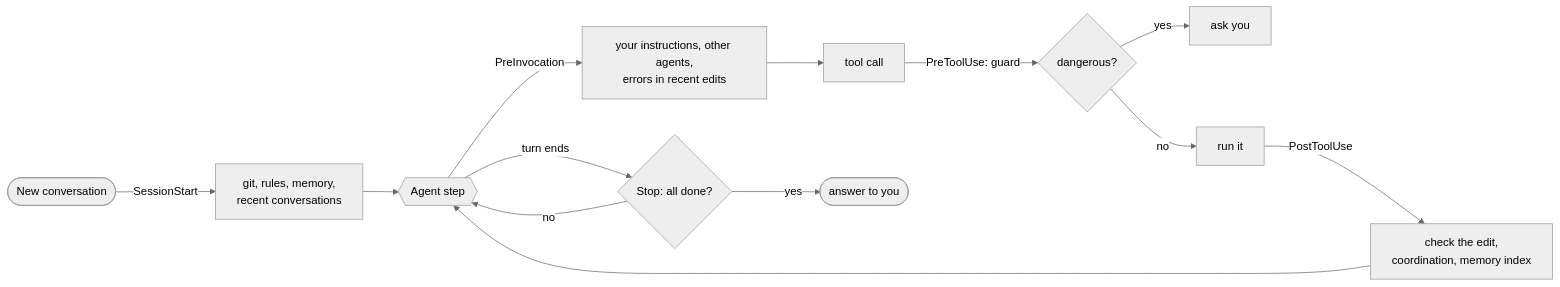
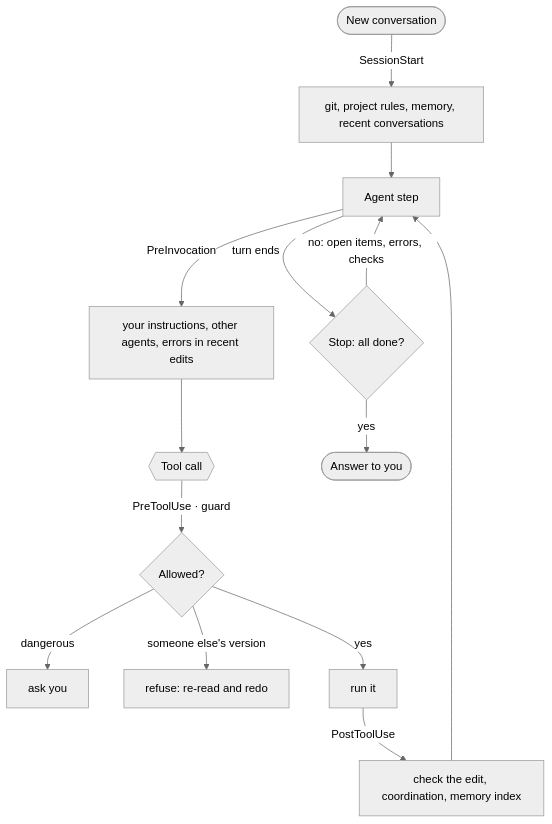
Before and after one commit to stxrmik/antigravity-plus: the diagram in README.en.md, drawn with Mermaid (neutral theme). The commit also changed 1 other file, not shown here.

Commit message:
README: a vertical diagram that stays readable

````diff
--- a/README.en.md
+++ b/README.en.md
@@ -147,15 +147,16 @@
 ```mermaid
-flowchart LR
-    A([New conversation]) -->|SessionStart| B[git, rules, memory,<br/>recent conversations]
-    B --> C{{Agent step}}
-    C -->|PreInvocation| D[your instructions, other agents,<br/>errors in recent edits]
-    D --> E[tool call]
-    E -->|PreToolUse: guard| F{dangerous?}
-    F -->|yes| G[ask you]
-    F -->|no| H[run it]
-    H -->|PostToolUse| I[check the edit,<br/>coordination, memory index]
-    I --> C
-    C -->|turn ends| J{Stop: all done?}
-    J -->|no| C
-    J -->|yes| K([answer to you])
+flowchart TD
+    A([New conversation]) -->|SessionStart| B[git, project rules, memory, recent conversations]
+    B --> C[Agent step]
+    C -->|PreInvocation| D[your instructions, other agents, errors in recent edits]
+    D --> E{{Tool call}}
+    E -->|PreToolUse · guard| F{Allowed?}
+    F -->|dangerous| G[ask you]
+    F -->|someone else's version| H[refuse: re-read and redo]
+    F -->|yes| I[run it]
+    I -->|PostToolUse| J[check the edit, coordination, memory index]
+    J --> C
+    C -->|turn ends| K{Stop: all done?}
+    K -->|no: open items, errors, checks| C
+    K -->|yes| L([Answer to you])
 ```
````
